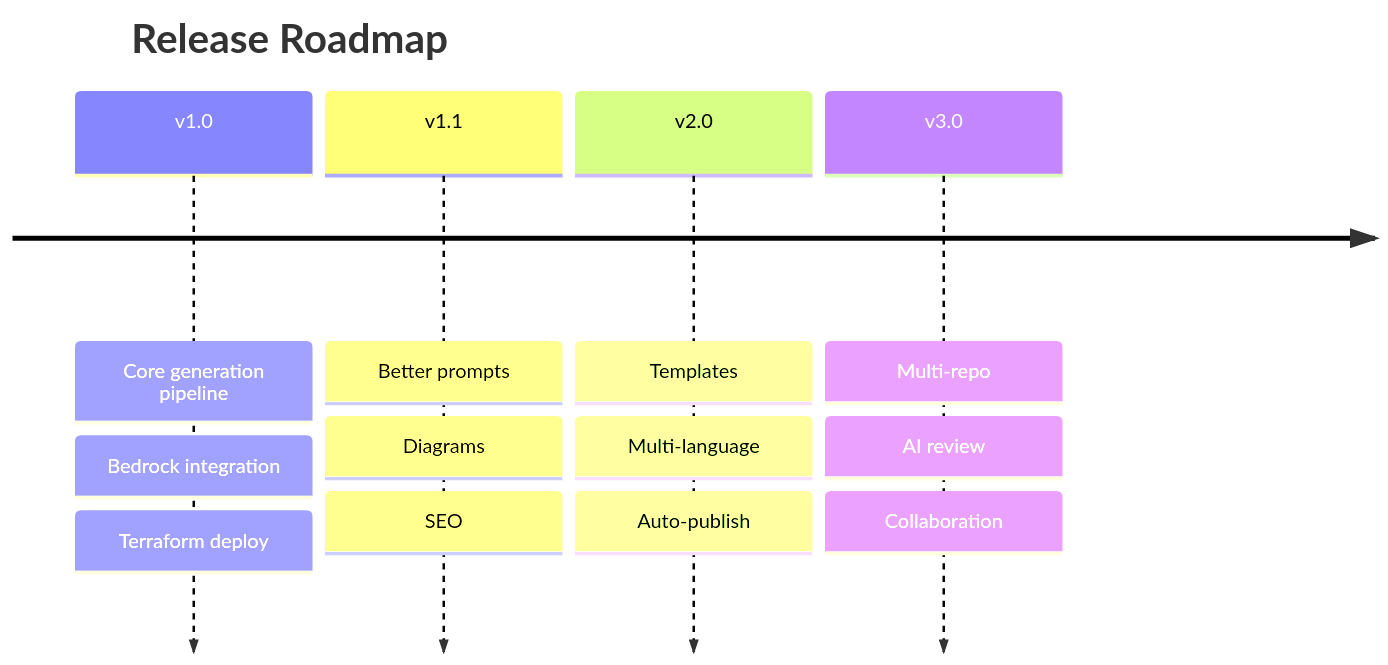
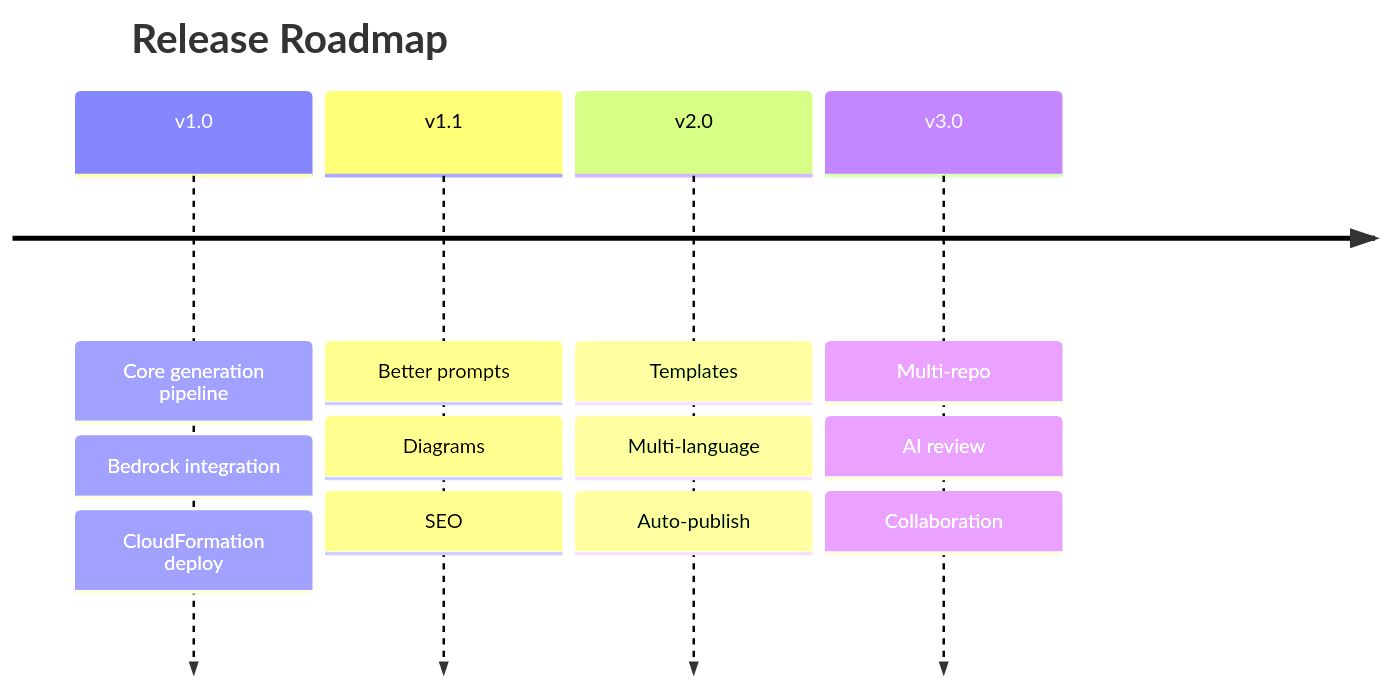
Before and after one commit to teddynted/ai-github-repository-blog-generator: the diagram in docs/roadmap.md, drawn with Mermaid. The commit also changed other lines of this file and 11 other files, not shown here.

First line of the commit message:
docs: switch infrastructure from Terraform to AWS CloudFormation

````diff
--- a/docs/roadmap.md
+++ b/docs/roadmap.md
@@ -7,8 +7,8 @@
 ```mermaid
 timeline
     title Release Roadmap
-    v1.0 : Core generation pipeline : Bedrock integration : Terraform deploy
+    v1.0 : Core generation pipeline : Bedrock integration : CloudFormation deploy
     v1.1 : Better prompts : Diagrams : SEO
     v2.0 : Templates : Multi-language : Auto-publish
     v3.0 : Multi-repo : AI review : Collaboration
 ```
````
